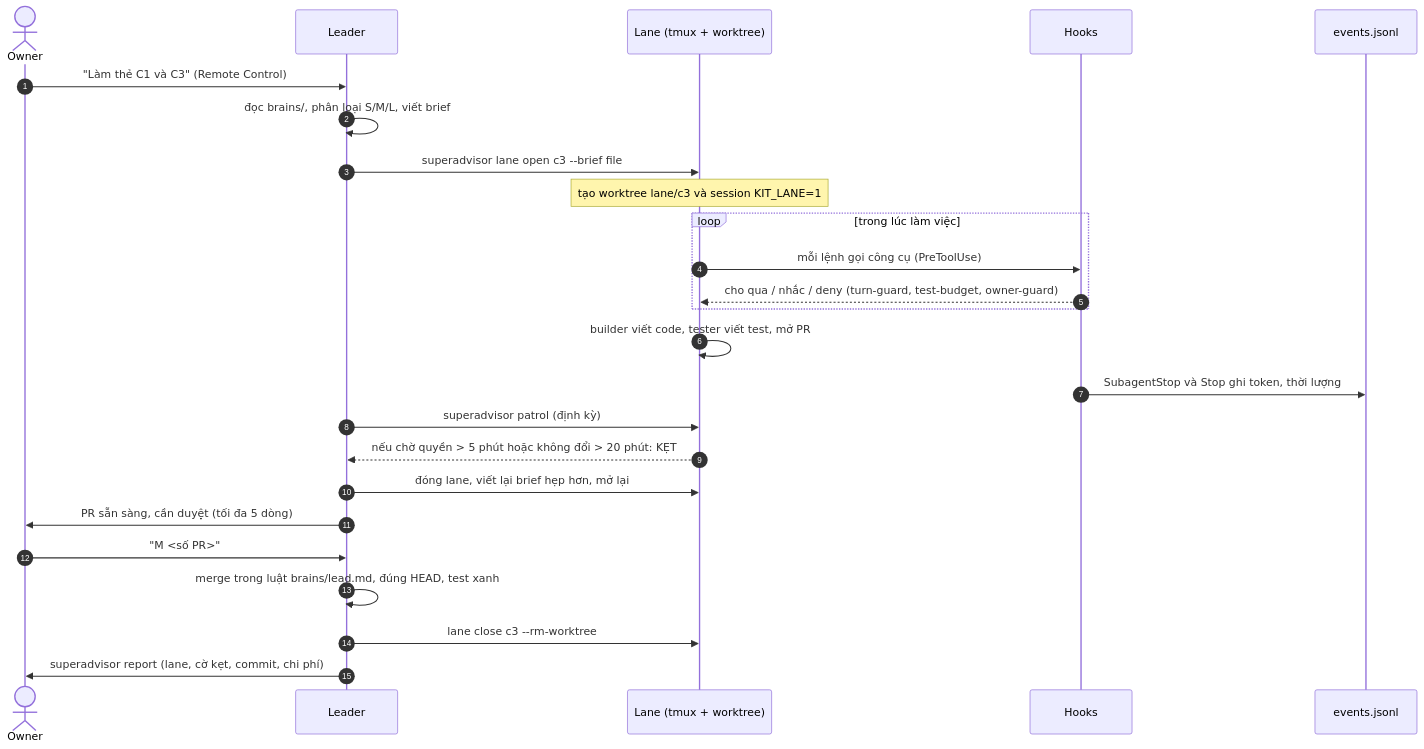
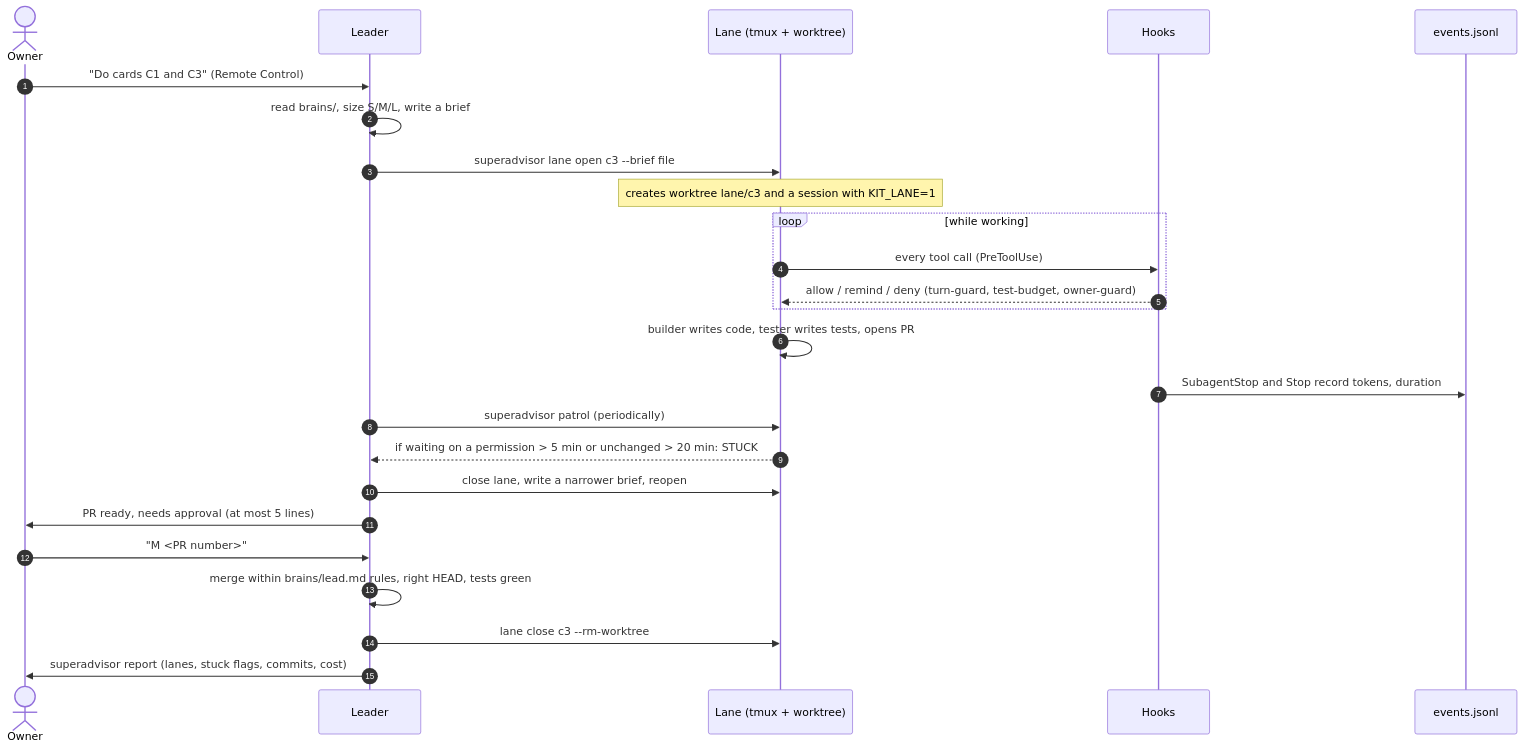
Before and after one commit to trungungtoan-agilityio/AgiAgentKit: the second of 2 diagrams in docs/architecture.md, drawn with Mermaid. The commit also changed other lines of this file and 8 other files, not shown here.

First line of the commit message:
docs: add English explainers (architecture, bench, FAQ, lifecycle, one-page HTML) (#1)

````diff
--- a/docs/architecture.md
+++ b/docs/architecture.md
@@ -40,27 +42,27 @@
 ```mermaid
 sequenceDiagram
   autonumber
   actor Owner
   participant Leader
   participant Lane as Lane (tmux + worktree)
   participant Hooks
   participant Events as events.jsonl
-  Owner->>Leader: "Làm thẻ C1 và C3" (Remote Control)
-  Leader->>Leader: đọc brains/, phân loại S/M/L, viết brief
+  Owner->>Leader: "Do cards C1 and C3" (Remote Control)
+  Leader->>Leader: read brains/, size S/M/L, write a brief
   Leader->>Lane: superadvisor lane open c3 --brief file
-  Note over Lane: tạo worktree lane/c3 và session KIT_LANE=1
-  loop trong lúc làm việc
-    Lane->>Hooks: mỗi lệnh gọi công cụ (PreToolUse)
-    Hooks-->>Lane: cho qua / nhắc / deny (turn-guard, test-budget, owner-guard)
+  Note over Lane: creates worktree lane/c3 and a session with KIT_LANE=1
+  loop while working
+    Lane->>Hooks: every tool call (PreToolUse)
+    Hooks-->>Lane: allow / remind / deny (turn-guard, test-budget, owner-guard)
   end
-  Lane->>Lane: builder viết code, tester viết test, mở PR
-  Hooks->>Events: SubagentStop và Stop ghi token, thời lượng
-  Leader->>Lane: superadvisor patrol (định kỳ)
-  Lane-->>Leader: nếu chờ quyền > 5 phút hoặc không đổi > 20 phút: KẸT
-  Leader->>Lane: đóng lane, viết lại brief hẹp hơn, mở lại
-  Leader->>Owner: PR sẵn sàng, cần duyệt (tối đa 5 dòng)
-  Owner->>Leader: "M <số PR>"
-  Leader->>Leader: merge trong luật brains/lead.md, đúng HEAD, test xanh
+  Lane->>Lane: builder writes code, tester writes tests, opens PR
+  Hooks->>Events: SubagentStop and Stop record tokens, duration
+  Leader->>Lane: superadvisor patrol (periodically)
+  Lane-->>Leader: if waiting on a permission > 5 min or unchanged > 20 min: STUCK
+  Leader->>Lane: close lane, write a narrower brief, reopen
+  Leader->>Owner: PR ready, needs approval (at most 5 lines)
+  Owner->>Leader: "M <PR number>"
+  Leader->>Leader: merge within brains/lead.md rules, right HEAD, tests green
   Leader->>Lane: lane close c3 --rm-worktree
-  Leader->>Owner: superadvisor report (lane, cờ kẹt, commit, chi phí)
+  Leader->>Owner: superadvisor report (lanes, stuck flags, commits, cost)
 ```
````
